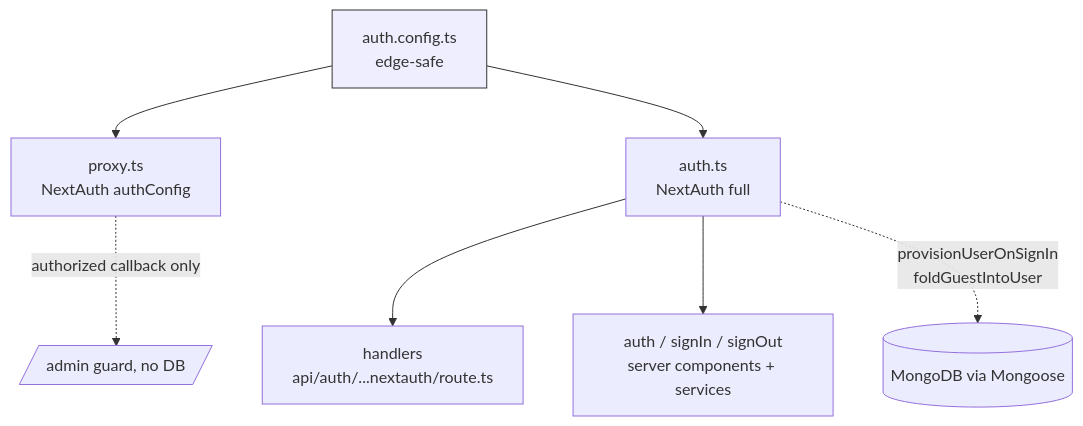
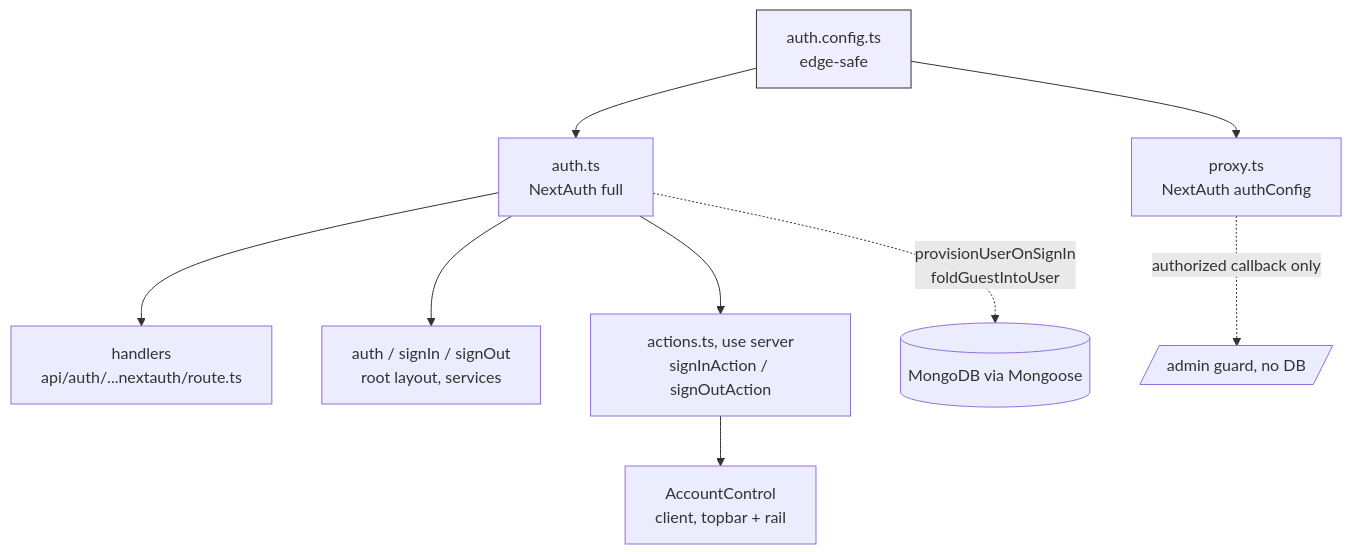
Before and after one commit to NaKMiers/English_For_Only_Me: the first of 3 diagrams in docs/07-auth-infra-testing.md, drawn with Mermaid. The commit also changed other lines of this file and 7 other files, not shown here.

````diff
--- a/docs/07-auth-infra-testing.md
+++ b/docs/07-auth-infra-testing.md
@@ -40,10 +46,12 @@
 ```mermaid
 graph TD
   A[auth.config.ts<br/>edge-safe]:::edge --> B[proxy.ts<br/>NextAuth authConfig]
   A --> C[auth.ts<br/>NextAuth full]
   C --> D[handlers<br/>api/auth/...nextauth/route.ts]
-  C --> E[auth / signIn / signOut<br/>server components + services]
+  C --> E[auth / signIn / signOut<br/>root layout, services]
+  C --> H[actions.ts, use server<br/>signInAction / signOutAction]
+  H --> I[AccountControl<br/>client, topbar + rail]
   C -. provisionUserOnSignIn<br/>foldGuestIntoUser .-> F[(MongoDB via Mongoose)]
   B -. authorized callback only .-> G[/admin guard, no DB/]
   classDef edge fill:#eef,stroke:#333;
 ```
````
